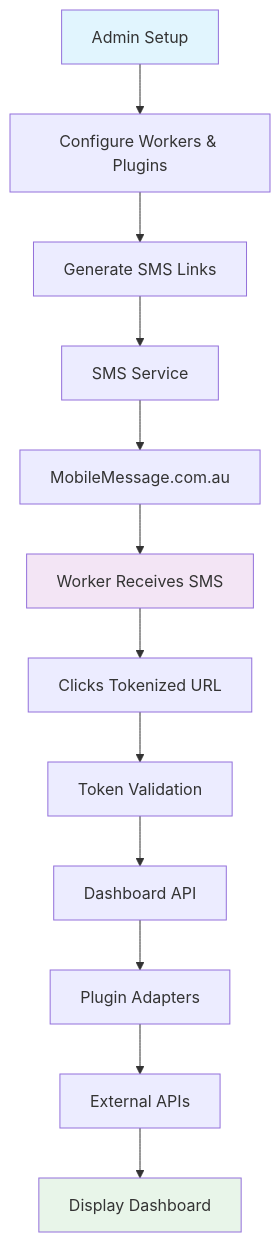
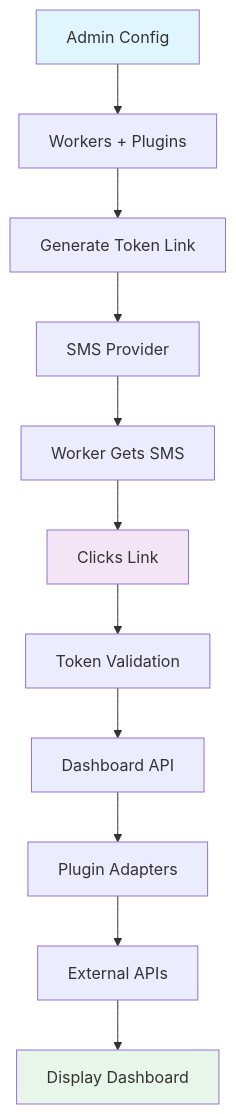
Before and after one commit to SlySlayer32/dashboard-link-saas: the diagram in README.md, drawn with Mermaid. The commit also changed other lines of this file, not shown here.

First line of the commit message:
docs: rewrite README with marketing copy and clear 5-minute setup

````diff
--- a/README.md
+++ b/README.md
@@ -64,18 +60,17 @@
 ```mermaid
 graph TD
-    A[Admin Setup] --> B[Configure Workers & Plugins]
-    B --> C[Generate SMS Links]
-    C --> D[SMS Service]
-    D --> E[MobileMessage.com.au]
-    E --> F[Worker Receives SMS]
-    F --> G[Clicks Tokenized URL]
-    G --> H[Token Validation]
-    H --> I[Dashboard API]
-    I --> J[Plugin Adapters]
-    J --> K[External APIs]
-    K --> L[Display Dashboard]
+    A[Admin Config] --> B[Workers + Plugins]
+    B --> C[Generate Token Link]
+    C --> D[SMS Provider]
+    D --> E[Worker Gets SMS]
+    E --> F[Clicks Link]
+    F --> G[Token Validation]
+    G --> H[Dashboard API]
+    H --> I[Plugin Adapters]
+    I --> J[External APIs]
+    J --> K[Display Dashboard]
     
     style A fill:#e1f5fe
     style F fill:#f3e5f5
-    style L fill:#e8f5e9
+    style K fill:#e8f5e9
 ```
````
